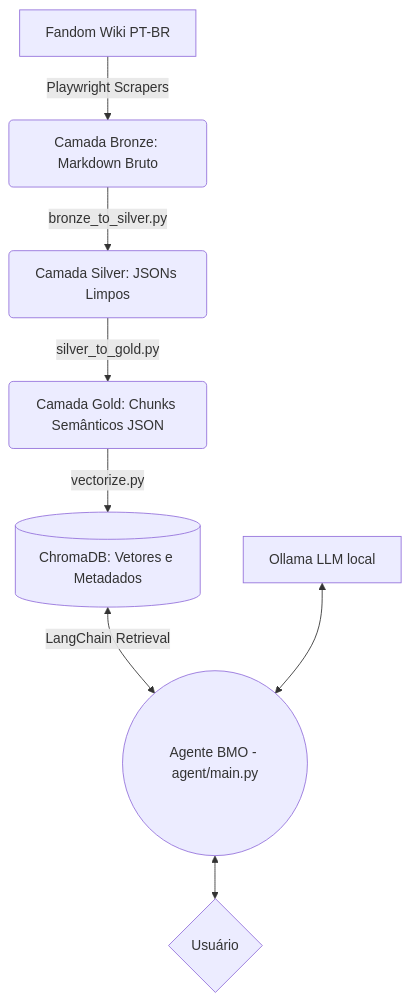
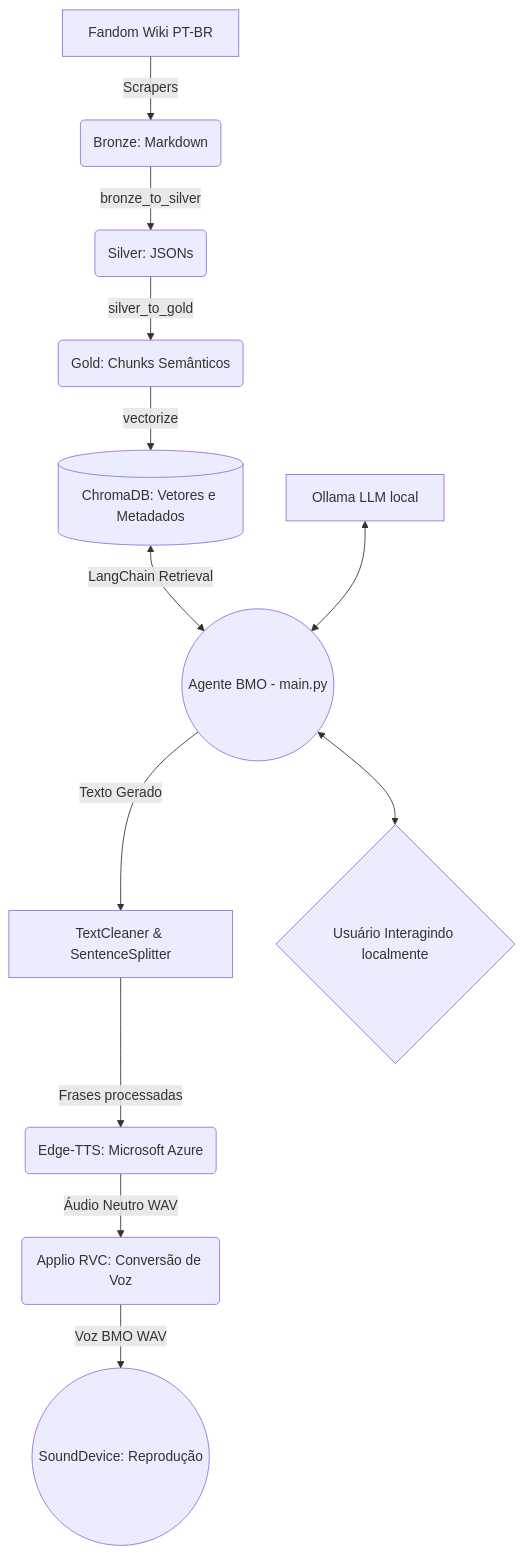
The diagram in README.md (Guilin-Git/Projeto-BMO), drawn with Mermaid before and after one commit. The commit also changed other lines of this file and 6 other files, not shown here.

Commit message:
Nova versão da voz do BMO

````diff
--- a/README.md
+++ b/README.md
@@ -13,11 +15,20 @@
 ```mermaid
 graph TD
-    A[Fandom Wiki PT-BR] -->|Playwright Scrapers| B(Camada Bronze: Markdown Bruto)
-    B -->|bronze_to_silver.py| C(Camada Silver: JSONs Limpos)
-    C -->|silver_to_gold.py| D(Camada Gold: Chunks Semânticos JSON)
-    D -->|vectorize.py| E[(ChromaDB: Vetores e Metadados)]
+    %% Pipeline de Dados RAG
+    A[Fandom Wiki PT-BR] -->|Scrapers| B(Bronze: Markdown)
+    B -->|bronze_to_silver| C(Silver: JSONs)
+    C -->|silver_to_gold| D(Gold: Chunks Semânticos)
+    D -->|vectorize| E[(ChromaDB: Vetores e Metadados)]
     
-    E <-->|LangChain Retrieval| F((Agente BMO - agent/main.py))
+    %% Cérebro do Agente
+    E <-->|LangChain Retrieval| F((Agente BMO - main.py))
     G[Ollama LLM local] <--> F
-    F <--> H{Usuário}
+    
+    %% Engine de Voz (Pipelining Assíncrono)
+    F -->|Texto Gerado| V1[TextCleaner & SentenceSplitter]
+    V1 -->|Frases processadas| V2(Edge-TTS: Microsoft Azure)
+    V2 -->|Áudio Neutro WAV| V3(Applio RVC: Conversão de Voz)
+    V3 -->|Voz BMO WAV| V4((SoundDevice: Reprodução))
+    
+    F <--> H{Usuário Interagindo localmente}
 ```
````
